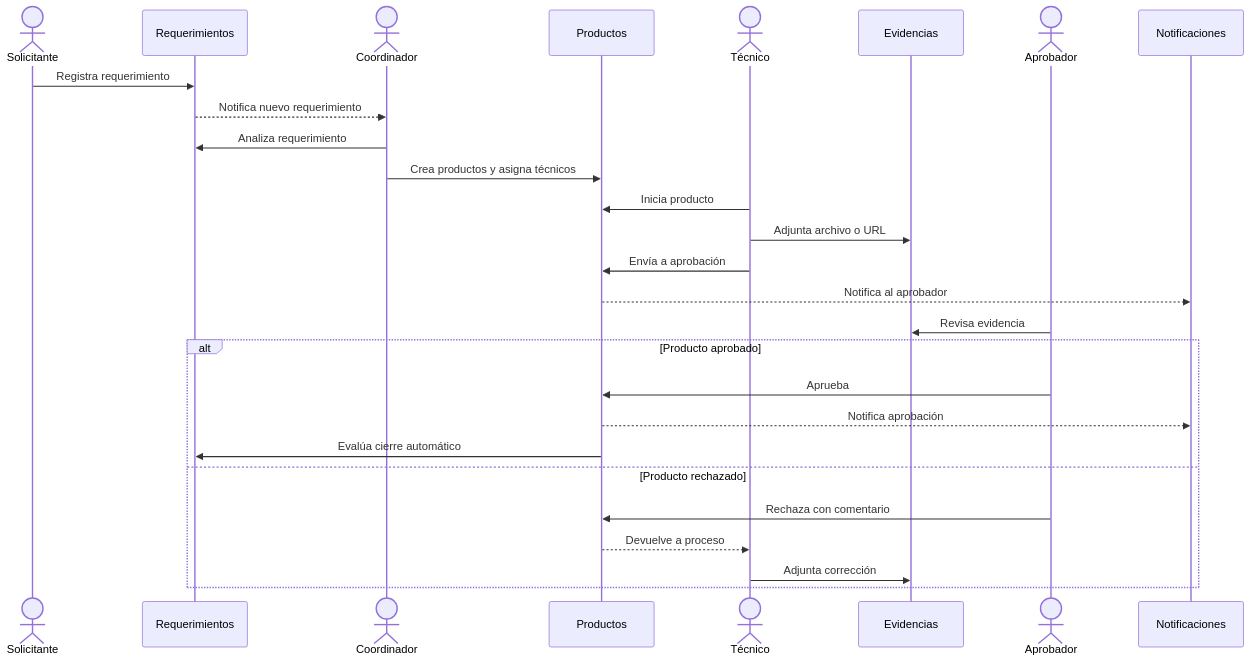
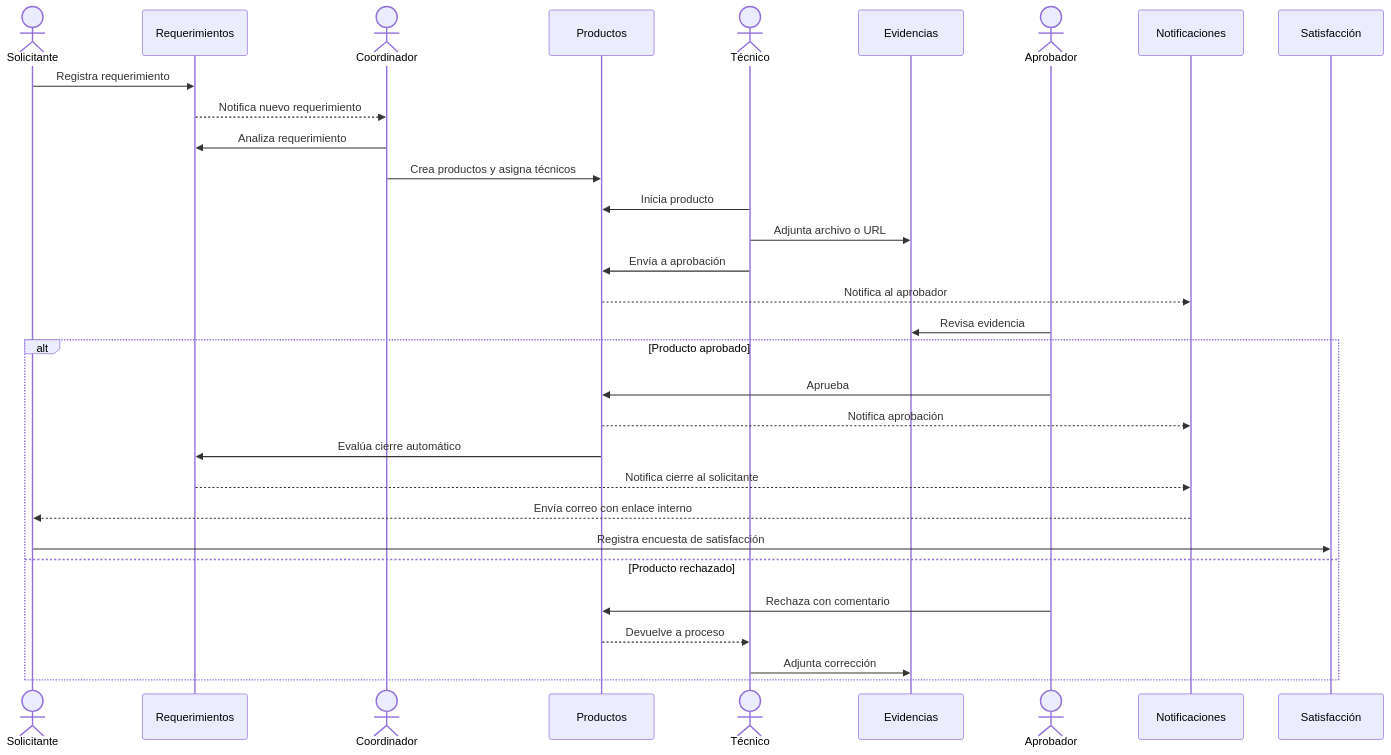
One commit to christyepez/appTraficoMKT changed the first of 3 diagrams in docs/functional/functional-specification.md. Above: the diagram before and after it, drawn with Mermaid. The commit also changed other lines of this file and 5 other files, not shown here.

````diff
--- a/docs/functional/functional-specification.md
+++ b/docs/functional/functional-specification.md
@@ -36,30 +37,34 @@
 ```mermaid
 sequenceDiagram
   actor S as Solicitante
   participant R as Requerimientos
   actor C as Coordinador
   participant P as Productos
   actor T as Técnico
   participant E as Evidencias
   actor A as Aprobador
   participant N as Notificaciones
+  participant SAt as Satisfacción
 
   S->>R: Registra requerimiento
   R-->>C: Notifica nuevo requerimiento
   C->>R: Analiza requerimiento
   C->>P: Crea productos y asigna técnicos
   T->>P: Inicia producto
   T->>E: Adjunta archivo o URL
   T->>P: Envía a aprobación
   P-->>N: Notifica al aprobador
   A->>E: Revisa evidencia
   alt Producto aprobado
     A->>P: Aprueba
     P-->>N: Notifica aprobación
     P->>R: Evalúa cierre automático
+    R-->>N: Notifica cierre al solicitante
+    N-->>S: Envía correo con enlace interno
+    S->>SAt: Registra encuesta de satisfacción
   else Producto rechazado
     A->>P: Rechaza con comentario
     P-->>T: Devuelve a proceso
     T->>E: Adjunta corrección
   end
 ```
````
